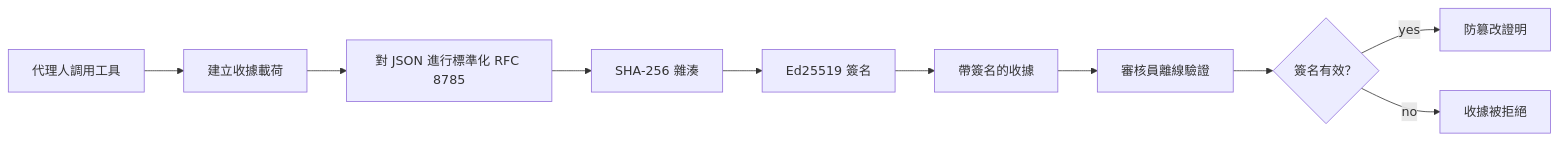
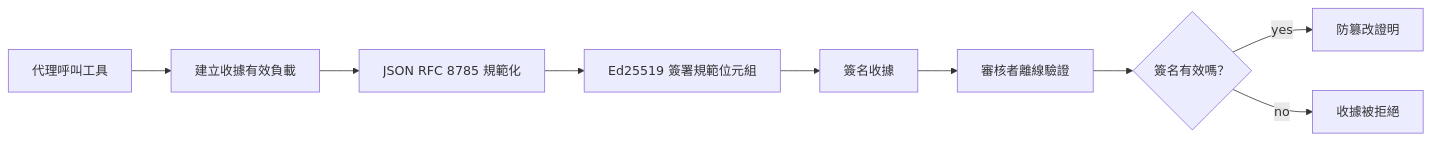
Before and after one commit to microsoft/ai-agents-for-beginners: the first of 2 diagrams in translations/zh-TW/18-securing-ai-agents/README.md, drawn with Mermaid. The commit also changed other lines of this file and 44 other files, not shown here.

````diff
--- a/translations/zh-TW/18-securing-ai-agents/README.md
+++ b/translations/zh-TW/18-securing-ai-agents/README.md
@@ -51,12 +51,11 @@
 ```mermaid
 flowchart LR
-    A[代理人調用工具] --> B[建立收據載荷]
-    B --> C[對 JSON 進行標準化 RFC 8785]
-    C --> D[SHA-256 雜湊]
-    D --> E[Ed25519 簽名]
-    E --> F[帶簽名的收據]
-    F --> G[審核員離線驗證]
-    G --> H{簽名有效？}
+    A[代理呼叫工具] --> B[建立收據有效負載]
+    B --> C[JSON RFC 8785 規範化]
+    C --> E[Ed25519 簽署規範位元組]
+    E --> F[簽名收據]
+    F --> G[審核者離線驗證]
+    G --> H{簽名有效嗎？}
     H -- yes --> I[防篡改證明]
     H -- no --> J[收據被拒絕]
 ```
````
